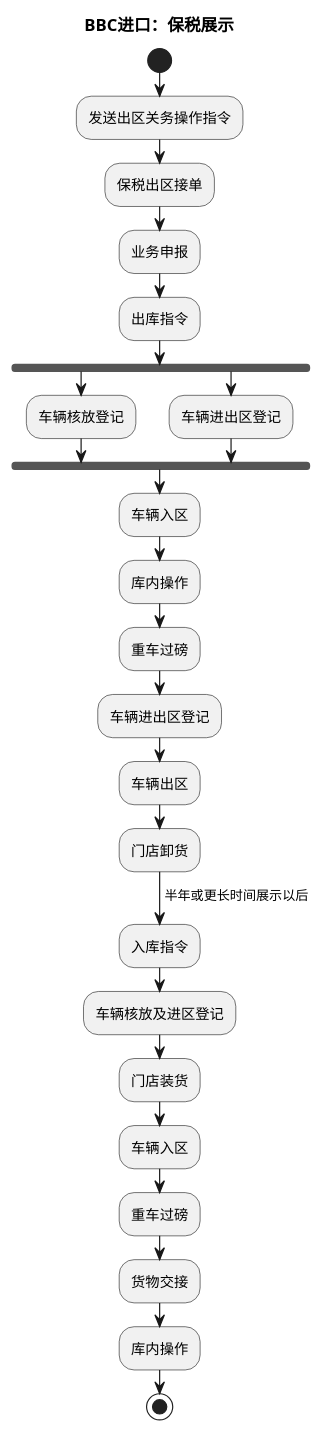
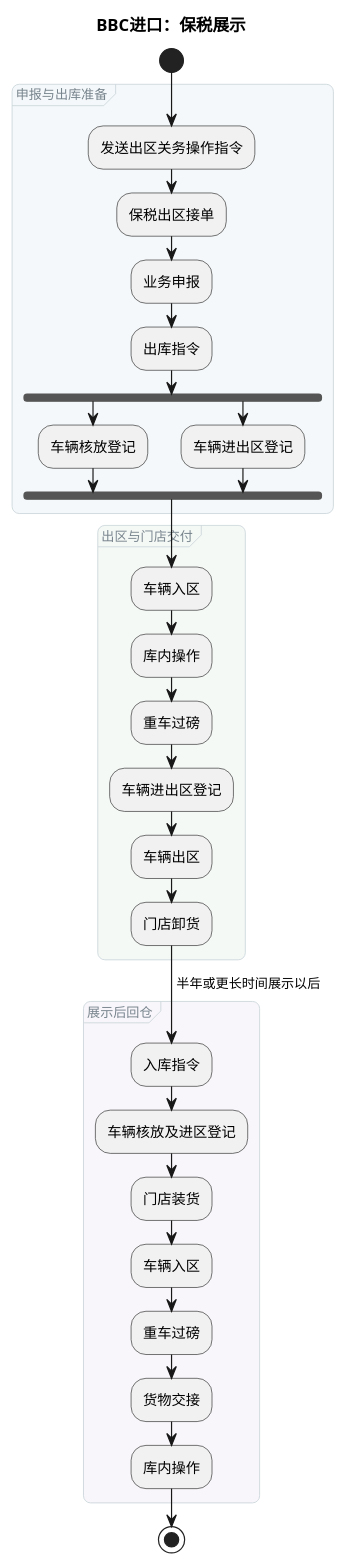
One commit to jack888332/projects-doc changed diagram 12 of 12 in product-caliber/goldjet/segmented-prd/mainflow/PRD.高捷物流系统一期.主流程.06.跨境电商BBC进口详细流程.md. Above: the diagram before and after it, drawn with PlantUML. The commit also changed other lines of this file and 16 other files, not shown here.

Commit message:
给DSL图分组

````diff
--- a/product-caliber/goldjet/segmented-prd/mainflow/PRD.高捷物流系统一期.主流程.06.跨境电商BBC进口详细流程.md
+++ b/product-caliber/goldjet/segmented-prd/mainflow/PRD.高捷物流系统一期.主流程.06.跨境电商BBC进口详细流程.md
@@ -434,31 +618,49 @@
 ```plantuml
 @startuml
 skinparam activityDiamondBackgroundColor #FFF4CC
+<style>
+activityDiagram {
+  group {
+    LineColor #CAD5DA
+    LineThickness 0.7
+    RoundCorner 12
+    FontColor #78848D
+    FontSize 11
+    FontStyle plain
+  }
+}
+</style>
 title BBC进口：保税展示
 start
+group 申报与出库准备 #F4F8FA {
 :发送出区关务操作指令;
 :保税出区接单;
 :业务申报;
 :出库指令;
 fork
   :车辆核放登记;
 fork again
   :车辆进出区登记;
 end fork
+}
+group 出区与门店交付 #F5F9F6 {
 :车辆入区;
 :库内操作;
 :重车过磅;
 :车辆进出区登记;
 :车辆出区;
 :门店卸货;
+}
+group 展示后回仓 #F8F6FA {
 -> 半年或更长时间展示以后;
 :入库指令;
 :车辆核放及进区登记;
 :门店装货;
 :车辆入区;
 :重车过磅;
 :货物交接;
 :库内操作;
+}
 stop
 @enduml
 ```
````
